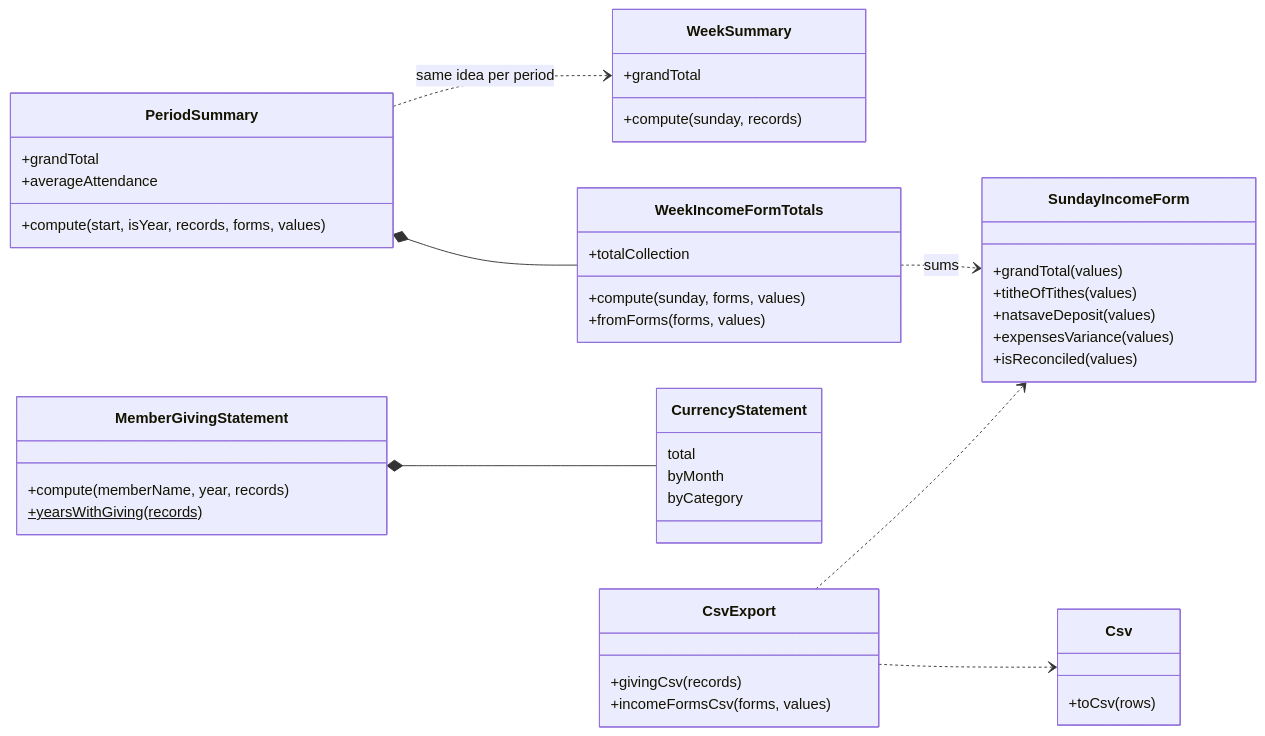
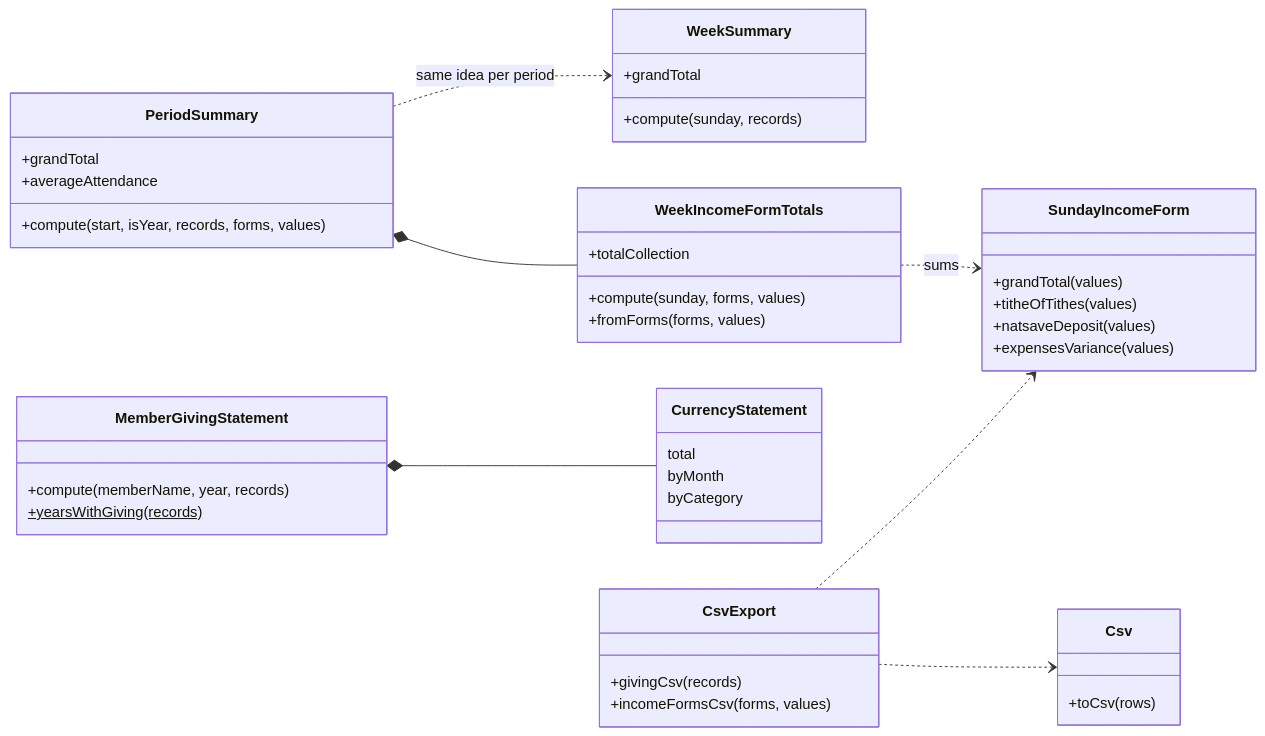
One commit to kasondebbuku-spec/Lukulu-Bread-of-Life-Church changed the fourth of 7 diagrams in docs/UML.md. Above: the diagram before and after it, drawn with Mermaid. The commit also changed other lines of this file and 19 other files, not shown here.

````diff
--- a/docs/UML.md
+++ b/docs/UML.md
@@ -277,48 +275,47 @@
 ```mermaid
 classDiagram
     direction LR
     class SundayIncomeForm {
         +grandTotal(values)
         +titheOfTithes(values)
         +natsaveDeposit(values)
         +expensesVariance(values)
-        +isReconciled(values)
     }
     class WeekSummary {
         +compute(sunday, records)
         +grandTotal
     }
     class WeekIncomeFormTotals {
         +compute(sunday, forms, values)
         +fromForms(forms, values)
         +totalCollection
     }
     class PeriodSummary {
         +compute(start, isYear, records, forms, values)
         +grandTotal
         +averageAttendance
     }
     class MemberGivingStatement {
         +compute(memberName, year, records)
         +yearsWithGiving(records)$
     }
     class CurrencyStatement {
         total
         byMonth
         byCategory
     }
     class CsvExport {
         +givingCsv(records)
         +incomeFormsCsv(forms, values)
     }
     class Csv {
         +toCsv(rows)
     }
 
     WeekIncomeFormTotals ..> SundayIncomeForm : sums
     PeriodSummary *-- WeekIncomeFormTotals
     PeriodSummary ..> WeekSummary : same idea per period
     MemberGivingStatement *-- CurrencyStatement
     CsvExport ..> Csv
     CsvExport ..> SundayIncomeForm
 ```
````
